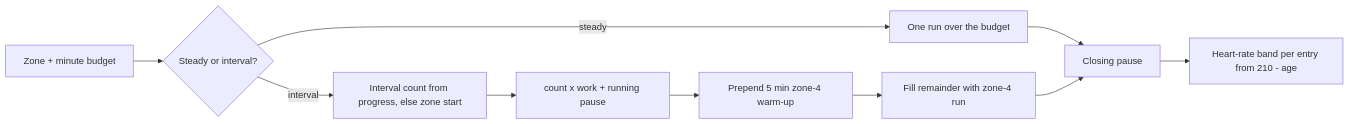
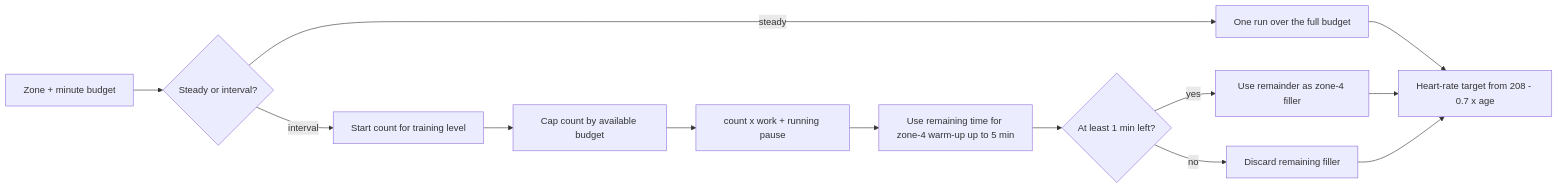
Before and after one commit to digital-athletic/sports-athletic: the diagram in athlete-mobile/docs/specs/session/cardio-training-system.md, drawn with Mermaid. The commit also changed other lines of this file and 4 other files, not shown here.

````diff
--- a/athlete-mobile/docs/specs/session/cardio-training-system.md
+++ b/athlete-mobile/docs/specs/session/cardio-training-system.md
@@ -100,12 +184,15 @@
 ```mermaid
 flowchart LR
     A[Zone + minute budget] --> B{Steady or interval?}
-    B -- steady --> C[One run over the budget]
-    B -- interval --> D[Interval count from progress, else zone start]
-    D --> E[count x work + running pause]
-    E --> F[Prepend 5 min zone-4 warm-up]
-    F --> G[Fill remainder with zone-4 run]
-    C --> H[Closing pause]
-    G --> H
-    H --> I[Heart-rate band per entry from 210 - age]
+    B -- steady --> C[One run over the full budget]
+    B -- interval --> D[Start count for training level]
+    D --> E[Cap count by available budget]
+    E --> F[count x work + running pause]
+    F --> G[Use remaining time for zone-4 warm-up up to 5 min]
+    G --> H{At least 1 min left?}
+    H -- yes --> I[Use remainder as zone-4 filler]
+    H -- no --> J[Discard remaining filler]
+    C --> K[Heart-rate target from 208 - 0.7 x age]
+    I --> K
+    J --> K
 ```
````
